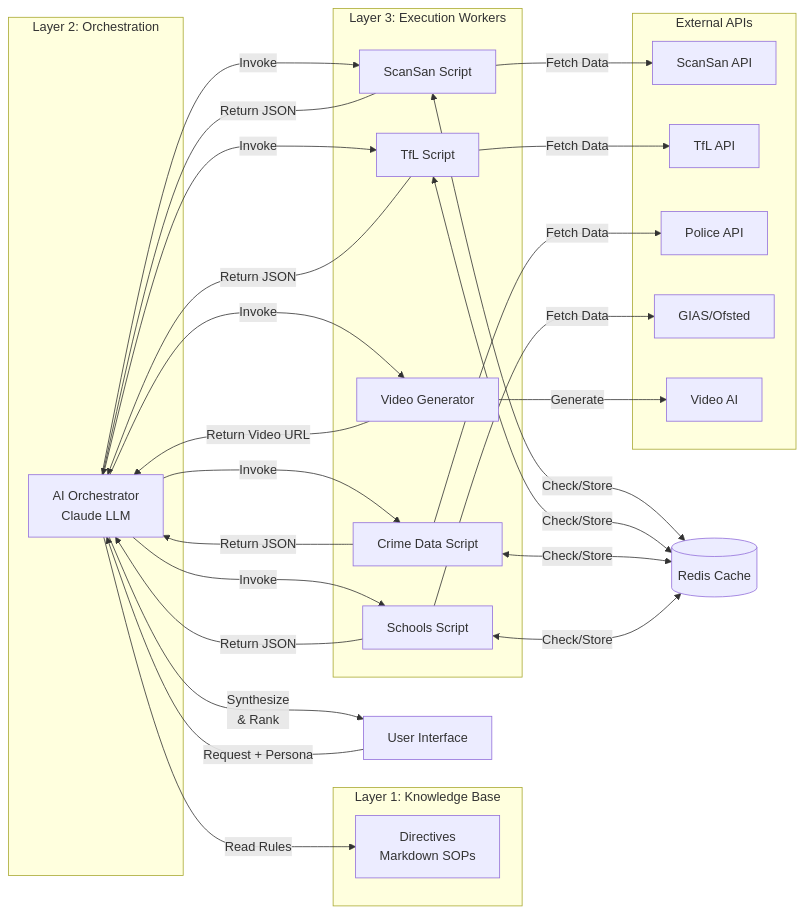
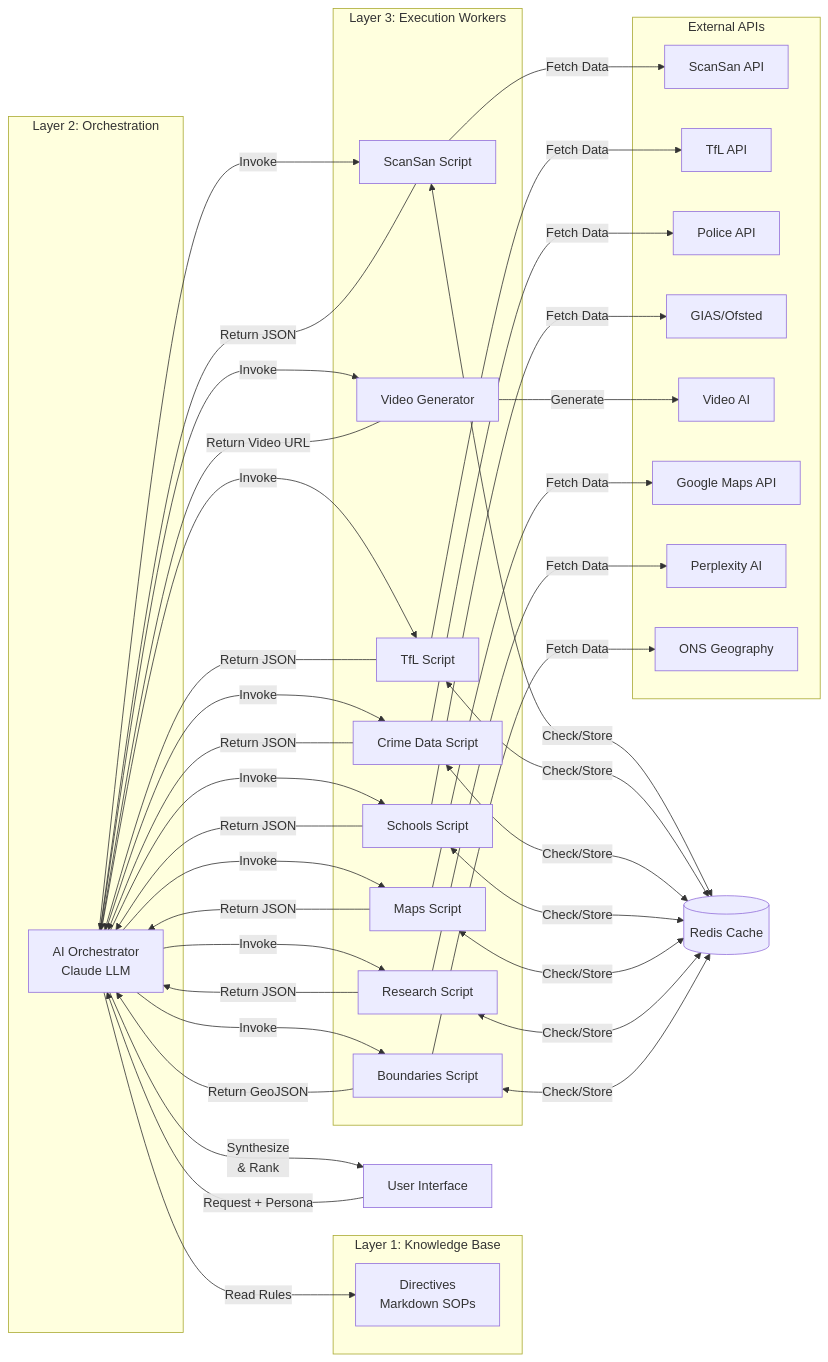
Before and after one commit to MasteraSnackin/Veo-: the second of 5 diagrams in ARCHITECTURE.md, drawn with Mermaid. The commit also changed other lines of this file and 22 other files, not shown here.

````diff
--- a/ARCHITECTURE.md
+++ b/ARCHITECTURE.md
@@ -86,56 +100,74 @@
 ```mermaid
 flowchart LR
     subgraph "Layer 1: Knowledge Base"
         DIR[Directives<br/>Markdown SOPs]
     end
     
     subgraph "Layer 2: Orchestration"
         ORCH[AI Orchestrator<br/>Claude LLM]
     end
     
     subgraph "Layer 3: Execution Workers"
         SCAN[ScanSan Script]
         TFL[TfL Script]
         CRIME[Crime Data Script]
         SCHOOL[Schools Script]
         VIDEO[Video Generator]
+        MAPS[Maps Script]
+        RESEARCH[Research Script]
+        BOUNDS[Boundaries Script]
     end
-    
+
     subgraph "External APIs"
         API_SCAN[ScanSan API]
         API_TFL[TfL API]
         API_POLICE[Police API]
         API_GIAS[GIAS/Ofsted]
         API_VIDEO[Video AI]
+        API_MAPS[Google Maps API]
+        API_PERP[Perplexity AI]
+        API_ONS[ONS Geography]
     end
     
     CACHE[(Redis Cache)]
     
     UI[User Interface] -->|Request + Persona| ORCH
     ORCH -->|Read Rules| DIR
     
     ORCH -->|Invoke| SCAN
     ORCH -->|Invoke| TFL
     ORCH -->|Invoke| CRIME
     ORCH -->|Invoke| SCHOOL
     ORCH -->|Invoke| VIDEO
-    
+    ORCH -->|Invoke| MAPS
+    ORCH -->|Invoke| RESEARCH
+    ORCH -->|Invoke| BOUNDS
+
     SCAN <-->|Check/Store| CACHE
     TFL <-->|Check/Store| CACHE
     CRIME <-->|Check/Store| CACHE
     SCHOOL <-->|Check/Store| CACHE
-    
+    MAPS <-->|Check/Store| CACHE
+    RESEARCH <-->|Check/Store| CACHE
+    BOUNDS <-->|Check/Store| CACHE
+
     SCAN -->|Fetch Data| API_SCAN
     TFL -->|Fetch Data| API_TFL
     CRIME -->|Fetch Data| API_POLICE
     SCHOOL -->|Fetch Data| API_GIAS
     VIDEO -->|Generate| API_VIDEO
+    MAPS -->|Fetch Data| API_MAPS
+    RESEARCH -->|Fetch Data| API_PERP
+    BOUNDS -->|Fetch Data| API_ONS
     
     SCAN -->|Return JSON| ORCH
     TFL -->|Return JSON| ORCH
     CRIME -->|Return JSON| ORCH
     SCHOOL -->|Return JSON| ORCH
     VIDEO -->|Return Video URL| ORCH
-    
+    MAPS -->|Return JSON| ORCH
+    RESEARCH -->|Return JSON| ORCH
+    BOUNDS -->|Return GeoJSON| ORCH
+
     ORCH -->|Synthesize<br/>& Rank| UI
 ```
````
